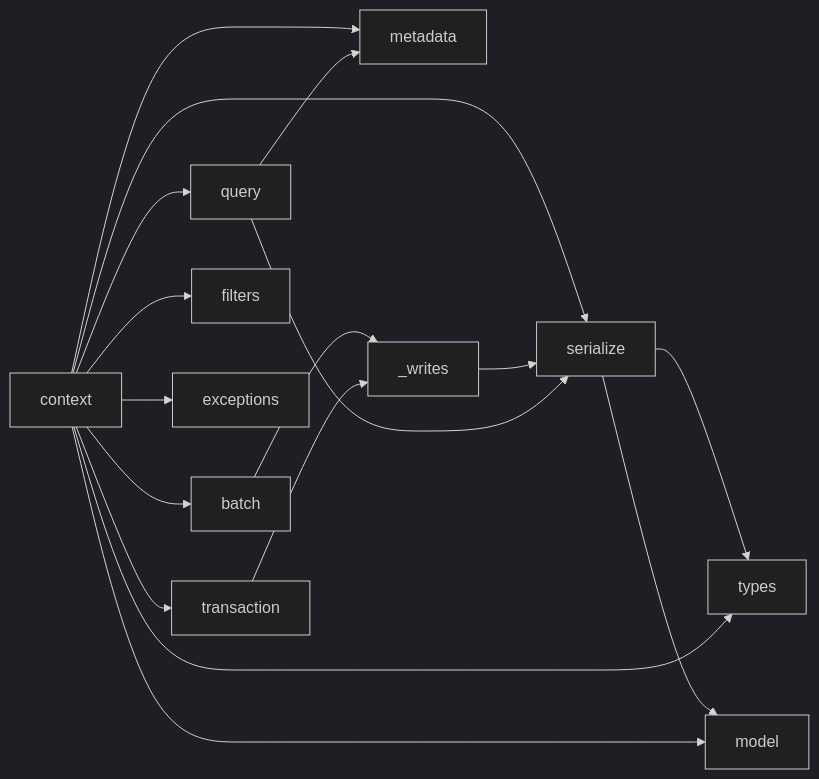
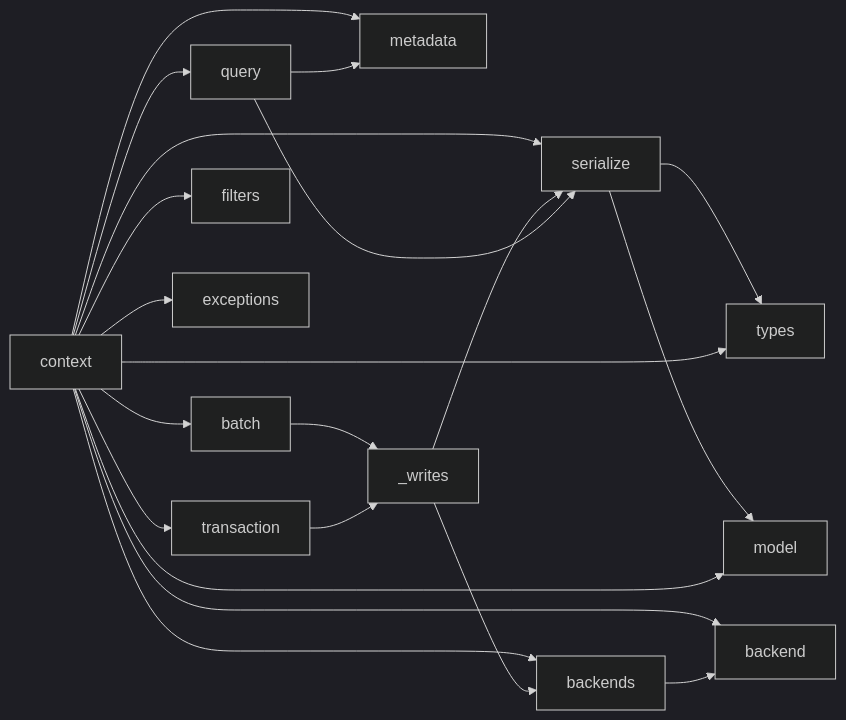
One commit to johnnoone/cendry changed the second of 6 diagrams in docs/explanation/architecture.md. Above: the diagram before and after it, drawn with Mermaid (dark theme). The commit also changed other lines of this file and 6 other files, not shown here.

````diff
--- a/docs/explanation/architecture.md
+++ b/docs/explanation/architecture.md
@@ -51,19 +55,23 @@
 ```mermaid
 graph LR
     context --> query
     context --> serialize
     context --> batch
     context --> transaction
     context --> metadata
+    context --> backend
+    context --> backends
     batch --> _writes
     transaction --> _writes
     _writes --> serialize
+    _writes --> backends
     query --> serialize
     query --> metadata
     serialize --> types
     serialize --> model
     context --> model
     context --> types
     context --> filters
     context --> exceptions
+    backends --> backend
 ```
````
